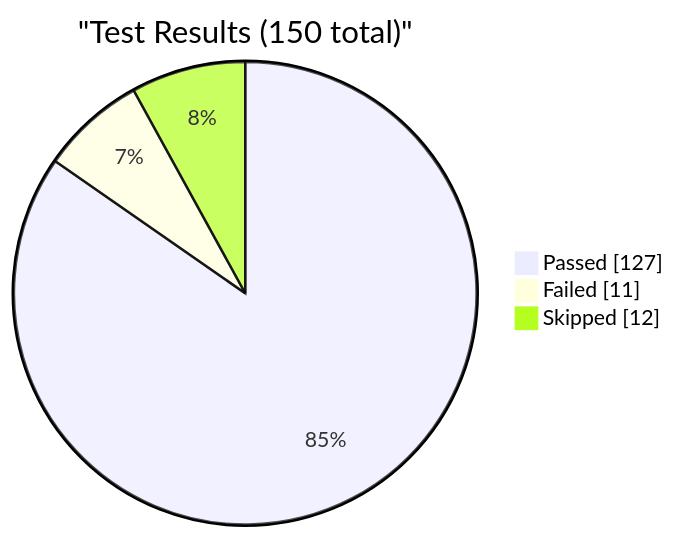
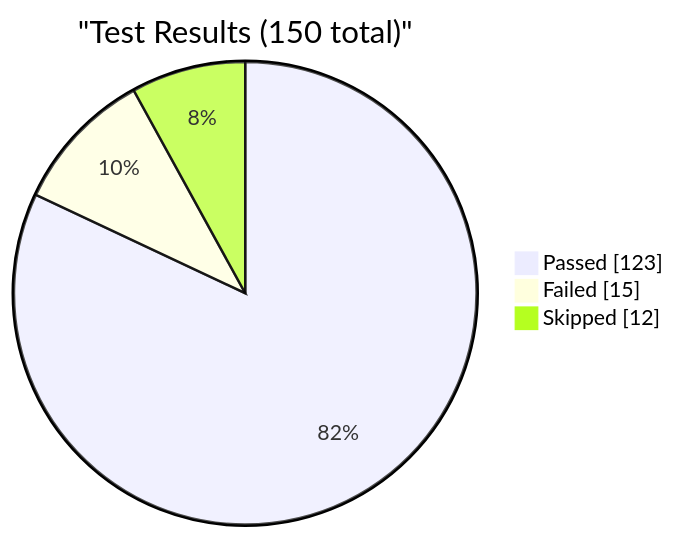
Before and after one commit to EliteaAI/onetest-ai-tm-Elitea: the first of 4 diagrams in reports/dashboard.md, drawn with Mermaid. The commit also changed other lines of this file and 1 other file, not shown here.

Commit message:
dashboard: update test metrics for RUN-ELITEA-2026-08-21-32-DEV-STABLE-ALL-FAILED

````diff
--- a/reports/dashboard.md
+++ b/reports/dashboard.md
@@ -9,7 +9,7 @@
 ```mermaid
 pie showData
     title "Test Results (150 total)"
-    "Passed" : 127
-    "Failed" : 11
+    "Passed" : 123
+    "Failed" : 15
     "Skipped" : 12
 ```
````
